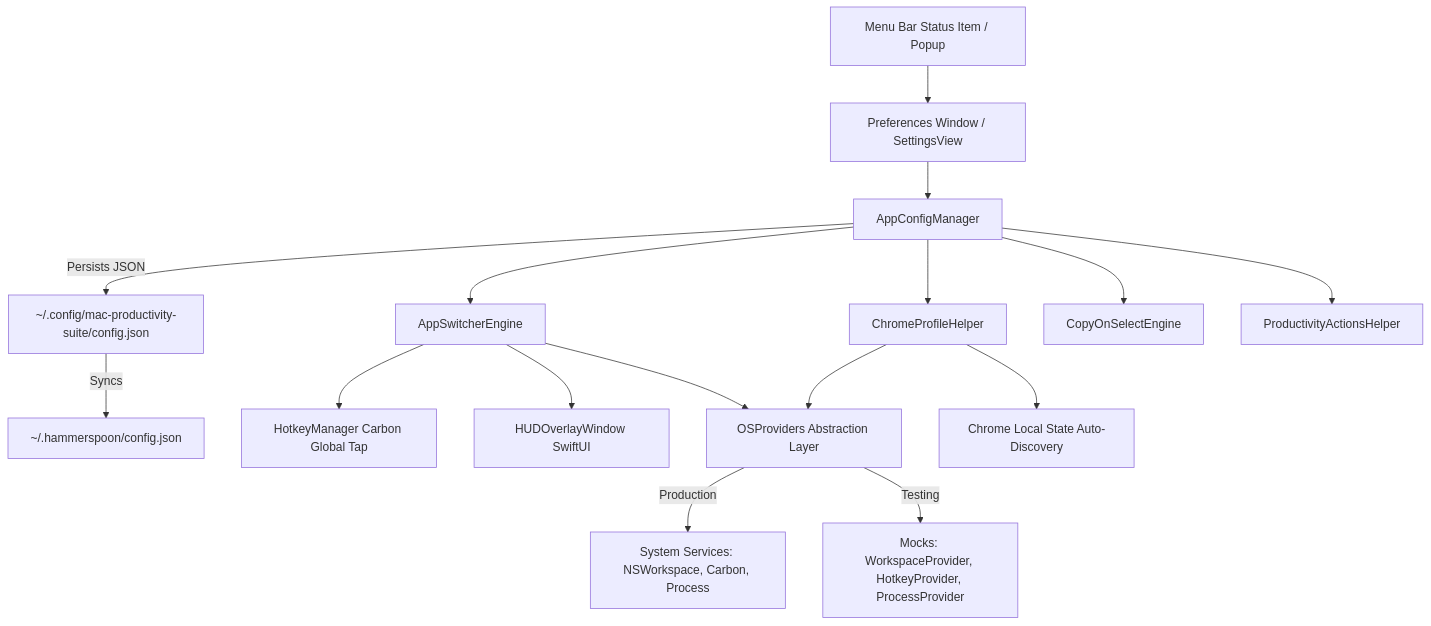
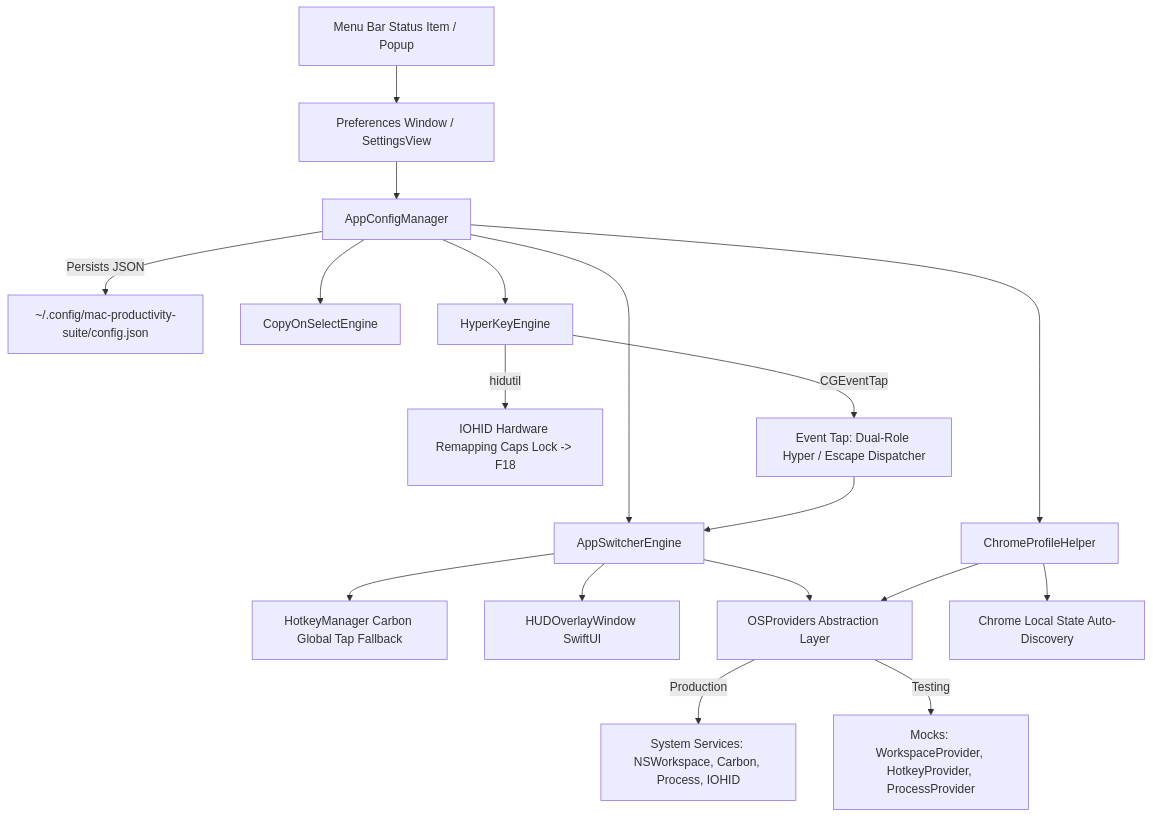
The diagram in design.md (unacau/mac-productivity-suite), drawn with Mermaid before and after one commit. The commit also changed other lines of this file and 16 other files, not shown here.

Commit message:
feat: implement pure native Caps Lock Hyper Key engine, fix Sparkle code seal, and streamline PKG/DMG

````diff
--- a/design.md
+++ b/design.md
@@ -38,18 +38,20 @@
 ```mermaid
 graph TD
     A[Menu Bar Status Item / Popup] --> B[Preferences Window / SettingsView]
     B --> C[AppConfigManager]
     C -->|Persists JSON| D["~/.config/mac-productivity-suite/config.json"]
-    D -->|Syncs| E["~/.hammerspoon/config.json"]
     C --> F[AppSwitcherEngine]
     C --> G[ChromeProfileHelper]
     C --> H[CopyOnSelectEngine]
-    C --> I[ProductivityActionsHelper]
-    F --> J[HotkeyManager Carbon Global Tap]
+    C --> P[HyperKeyEngine]
+    P -->|hidutil| Q[IOHID Hardware Remapping Caps Lock -> F18]
+    P -->|CGEventTap| R[Event Tap: Dual-Role Hyper / Escape Dispatcher]
+    R --> F
+    F --> J[HotkeyManager Carbon Global Tap Fallback]
     F --> K[HUDOverlayWindow SwiftUI]
     F --> O[OSProviders Abstraction Layer]
     G --> O
     G --> L["Chrome Local State Auto-Discovery"]
-    O -->|Production| M[System Services: NSWorkspace, Carbon, Process]
+    O -->|Production| M[System Services: NSWorkspace, Carbon, Process, IOHID]
     O -->|Testing| N[Mocks: WorkspaceProvider, HotkeyProvider, ProcessProvider]
 ```
````
